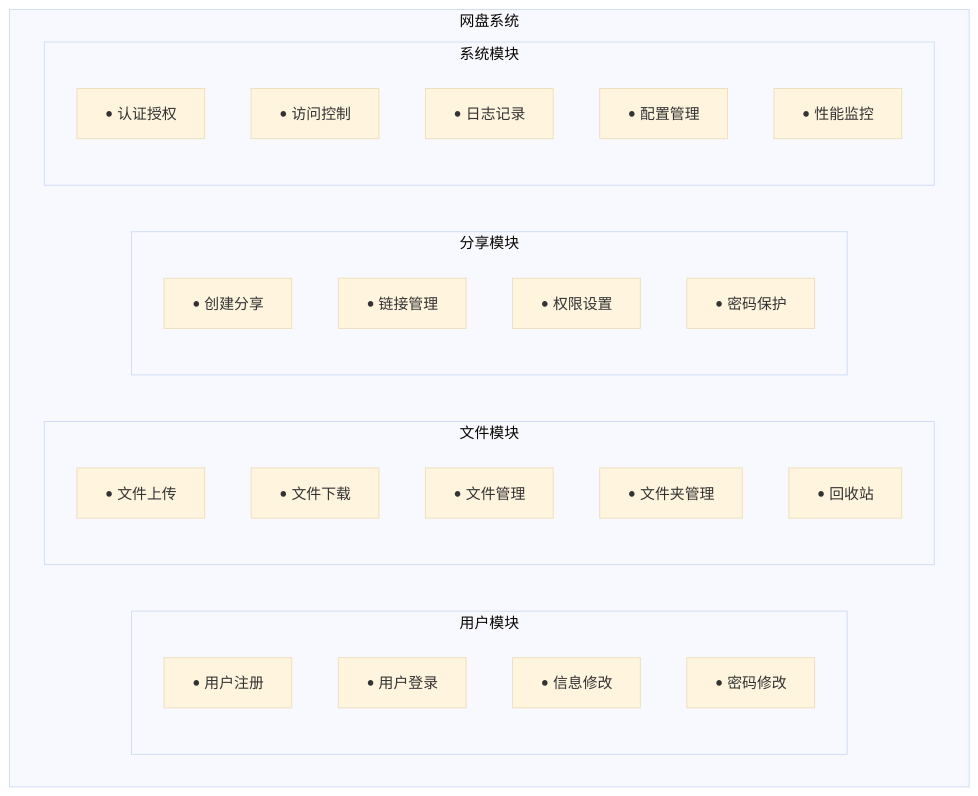
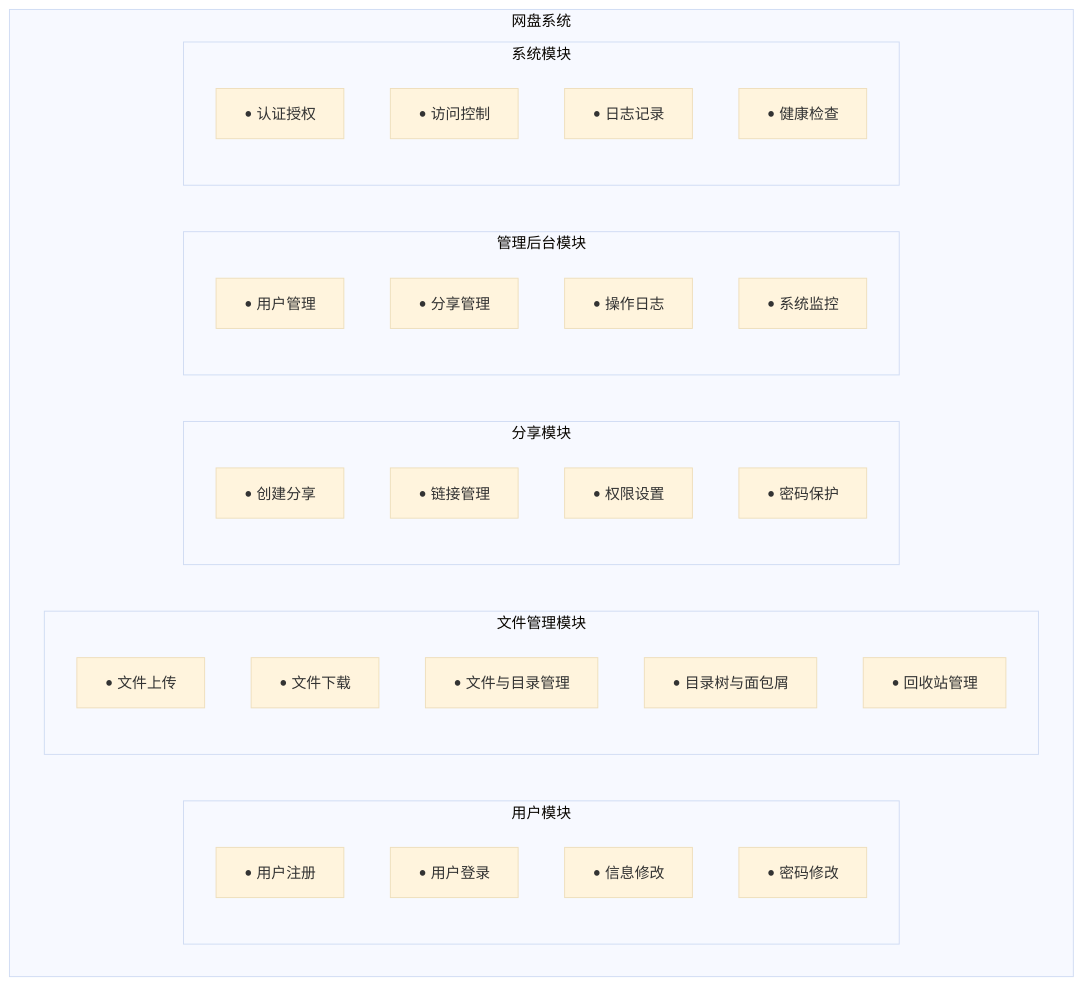
One commit to yizhinailong/disk changed the second of 5 diagrams in docs/design/00-系统概述.md. Above: the diagram before and after it, drawn with Mermaid (base theme). The commit also changed other lines of this file and 6 other files, not shown here.

````diff
--- a/docs/design/00-系统概述.md
+++ b/docs/design/00-系统概述.md
@@ -163,31 +163,36 @@
 ```mermaid
 flowchart TB
     subgraph System["网盘系统"]
         subgraph UserModule["用户模块"]
             UserReg["• 用户注册"]
             UserLogin["• 用户登录"]
             UserEdit["• 信息修改"]
             UserPwd["• 密码修改"]
         end
-        subgraph FileModule["文件模块"]
+        subgraph FileModule["文件管理模块"]
             FileUpload["• 文件上传"]
             FileDownload["• 文件下载"]
-            FileMgmt["• 文件管理"]
-            FolderMgmt["• 文件夹管理"]
-            Trash["• 回收站"]
+            FileMgmt["• 文件与目录管理"]
+            FolderMgmt["• 目录树与面包屑"]
+            Trash["• 回收站管理"]
         end
         subgraph ShareModule["分享模块"]
             ShareCreate["• 创建分享"]
             ShareLink["• 链接管理"]
             SharePerm["• 权限设置"]
             SharePwd["• 密码保护"]
         end
+        subgraph AdminModule["管理后台模块"]
+            AdminUsers["• 用户管理"]
+            AdminShares["• 分享管理"]
+            AdminLogs["• 操作日志"]
+            AdminMonitor["• 系统监控"]
+        end
         subgraph SysModule["系统模块"]
             Auth["• 认证授权"]
             Access["• 访问控制"]
             Log["• 日志记录"]
-            Config["• 配置管理"]
-            Monitor["• 性能监控"]
+            Monitor["• 健康检查"]
         end
     end
 ```
````
